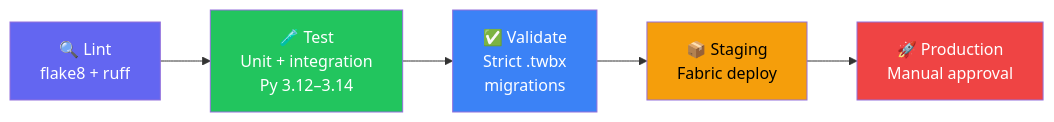
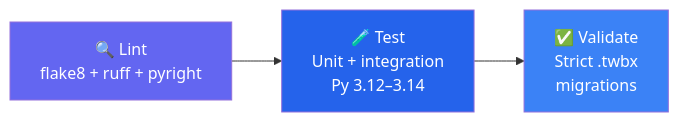
One commit to cyphou/TableauToPowerBI changed the fifth of 5 diagrams in README.md. Above: the diagram before and after it, drawn with Mermaid. The commit also changed other lines of this file and 111 other files, not shown here.

````diff
--- a/README.md
+++ b/README.md
@@ -958,13 +1097,9 @@
 ```mermaid
 flowchart LR
-    L["🔍 Lint\nflake8 + ruff"] --> T["🧪 Test\nUnit + integration\nPy 3.12–3.14"]
+    L["🔍 Lint\nflake8 + ruff + pyright"] --> T["🧪 Test\nUnit + integration\nPy 3.12–3.14"]
     T --> V["✅ Validate\nStrict .twbx\nmigrations"]
-    V --> S["📦 Staging\nFabric deploy"]
-    S --> P["🚀 Production\nManual approval"]
-    
+
     style L fill:#6366f1,color:#fff
-    style T fill:#22c55e,color:#fff
+    style T fill:#2563eb,color:#fff
     style V fill:#3b82f6,color:#fff
-    style S fill:#f59e0b,color:#000
-    style P fill:#ef4444,color:#fff
 ```
````
